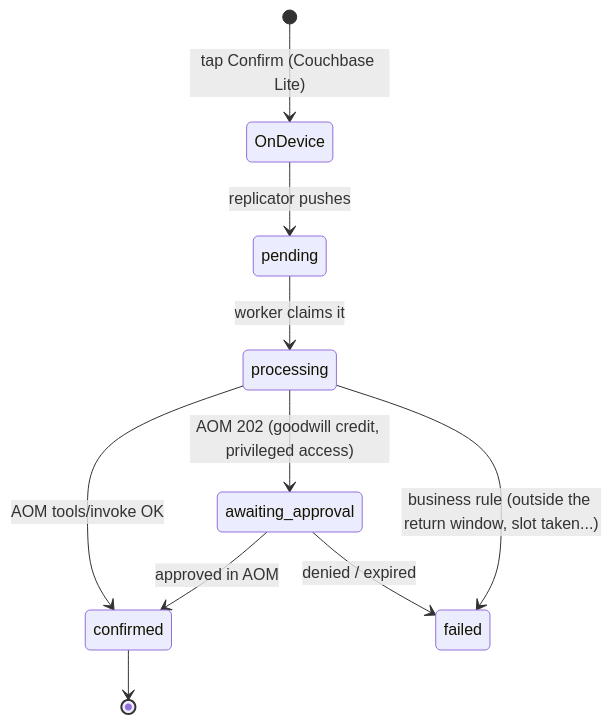
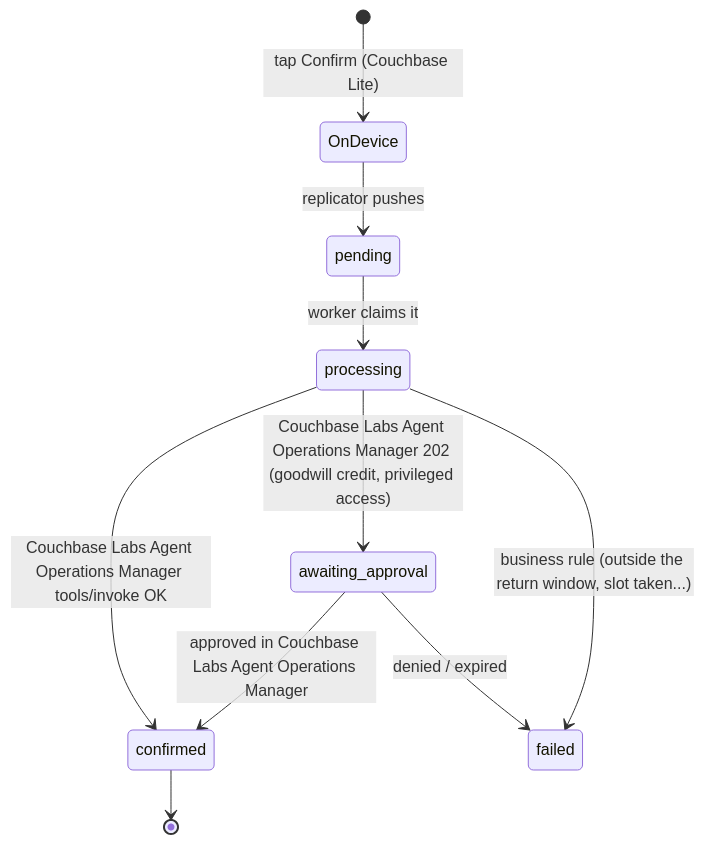
The second of 2 diagrams in README.md (Couchbase-Field-Engineering/couchbase-onechat-mobile-ai-personalization-demo), drawn with Mermaid before and after one commit. The commit also changed other lines of this file and 10 other files, not shown here.

First line of the commit message:
Use the Couchbase Labs Agent Operations Manager name

````diff
--- a/README.md
+++ b/README.md
@@ -127,12 +127,12 @@
 ```mermaid
 stateDiagram-v2
   [*] --> OnDevice: tap Confirm (Couchbase Lite)
   OnDevice --> pending: replicator pushes
   pending --> processing: worker claims it
-  processing --> confirmed: AOM tools/invoke OK
-  processing --> awaiting_approval: AOM 202 (goodwill credit, privileged access)
-  awaiting_approval --> confirmed: approved in AOM
+  processing --> confirmed: Couchbase Labs Agent Operations Manager tools/invoke OK
+  processing --> awaiting_approval: Couchbase Labs Agent Operations Manager 202 (goodwill credit, privileged access)
+  awaiting_approval --> confirmed: approved in Couchbase Labs Agent Operations Manager
   awaiting_approval --> failed: denied / expired
   processing --> failed: business rule (outside the return window, slot taken...)
   confirmed --> [*]
 ```
````
